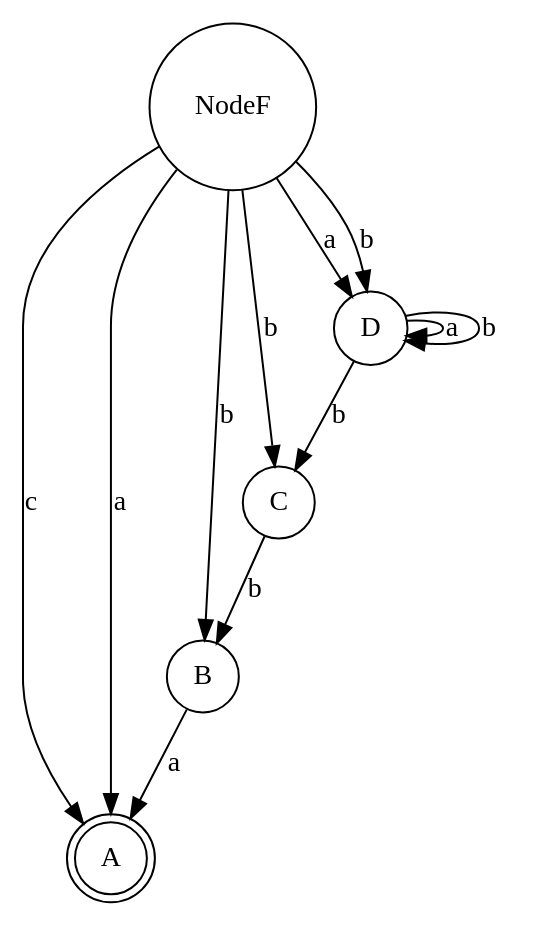
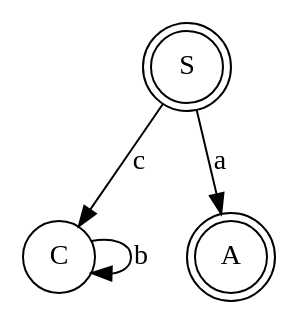
One commit to fnmartinez/TLATPE changed the diagram in out.dot. Above: the diagram before and after it, drawn with Graphviz. The commit also changed 15 other files, not shown here.

```diff
--- a/out.dot
+++ b/out.dot
@@ -1,17 +1,8 @@
 digraph{
+node[shape=doublecircle] NodeS [label="S"];
+node[shape=circle] NodeC [label="C"];
 node[shape=doublecircle] NodeA [label="A"];
-node[shape=circle] NodeB [label="B"];
-node[shape=circle] NodeC [label="C"];
-node[shape=circle] NodeD [label="D"];
-NodeB->NodeA [label="a"];
-NodeF->NodeD [label="a"];
-NodeC->NodeB [label="b"];
-NodeF->NodeA [label="c"];
-NodeD->NodeC [label="b"];
-NodeF->NodeD [label="b"];
-NodeD->NodeD [label="a"];
-NodeF->NodeB [label="b"];
-NodeD->NodeD [label="b"];
-NodeF->NodeA [label="a"];
-NodeF->NodeC [label="b"];
+NodeS->NodeA [label="a"];
+NodeS->NodeC [label="c"];
+NodeC->NodeC [label="b"];
 }
```
